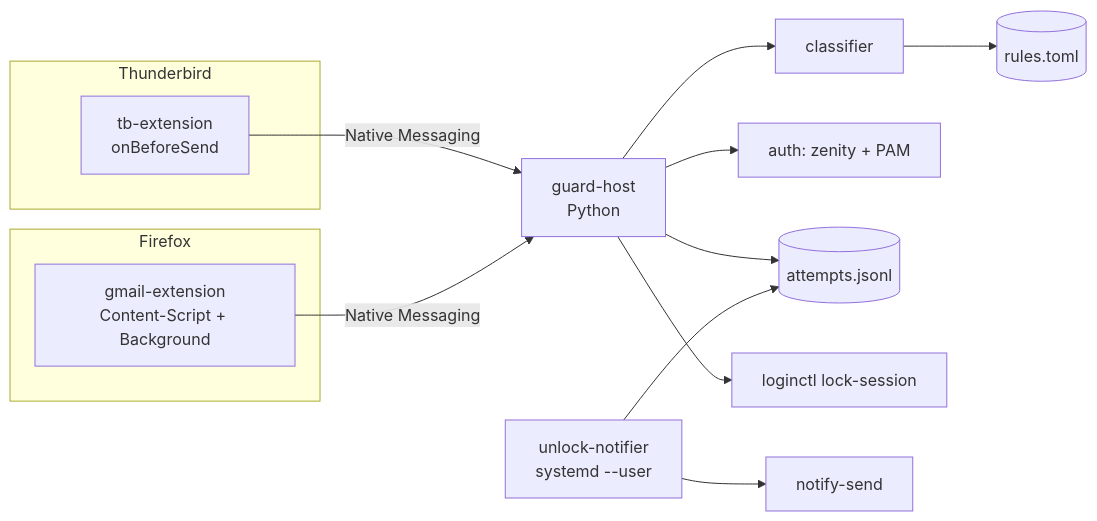
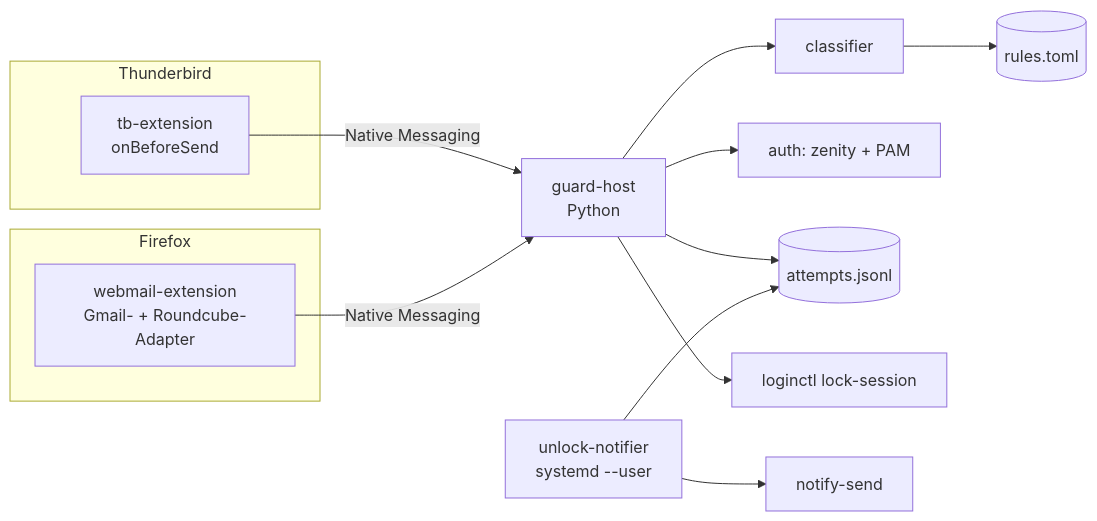
Before and after one commit to linus1423/Anti-Kuchenmail: the first of 3 diagrams in specs/kuchenmail-guard/design.md, drawn with Mermaid. The commit also changed other lines of this file and 2 other files, not shown here.

First line of the commit message:
Add Roundcube webmail to Kuchenmail guard spec

````diff
--- a/specs/kuchenmail-guard/design.md
+++ b/specs/kuchenmail-guard/design.md
@@ -28,18 +31,18 @@
 ```mermaid
 flowchart LR
   subgraph Thunderbird
     TB[tb-extension<br/>onBeforeSend]
   end
   subgraph Firefox
-    GM[gmail-extension<br/>Content-Script + Background]
+    GM[webmail-extension<br/>Gmail- + Roundcube-Adapter]
   end
   TB -- Native Messaging --> H
   GM -- Native Messaging --> H
   H[guard-host<br/>Python] --> C[classifier]
   C --> R[(rules.toml)]
   H --> A[auth: zenity + PAM]
   H --> L[(attempts.jsonl)]
   H --> K[loginctl lock-session]
   W[unlock-notifier<br/>systemd --user] --> L
   W --> N[notify-send]
 ```
````
